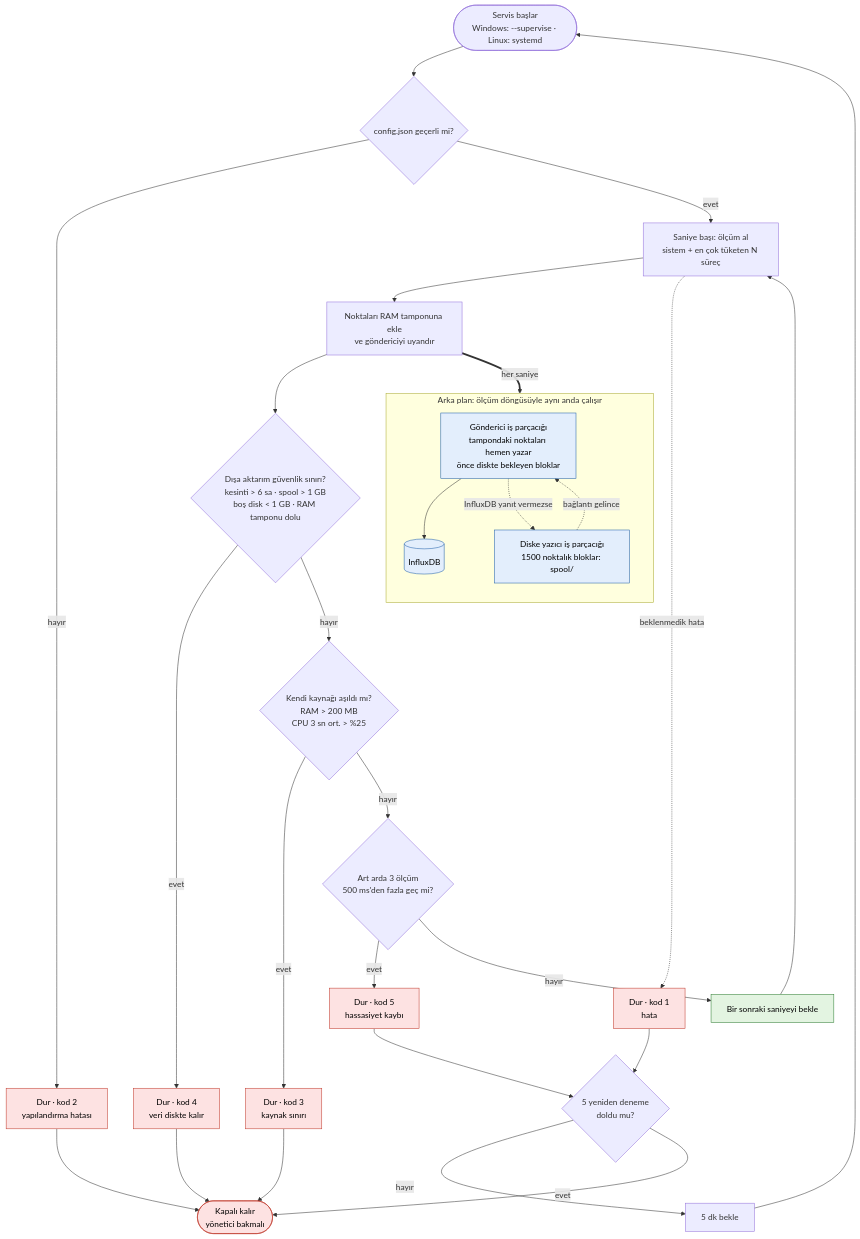
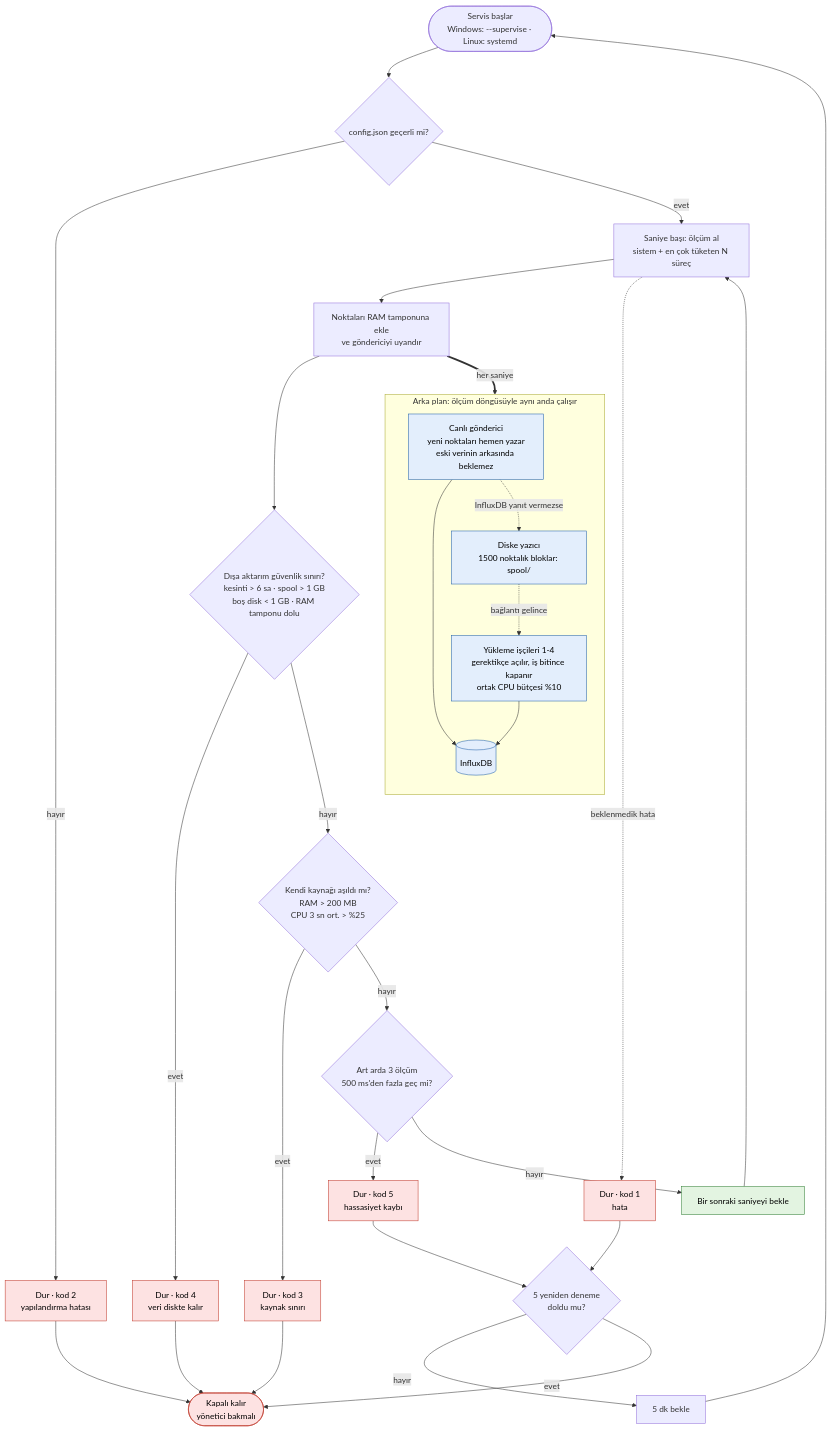
Before and after one commit to Proaiml/persecc: the second of 3 diagrams in README.md, drawn with Mermaid. The commit also changed other lines of this file and 5 other files, not shown here.

````diff
--- a/README.md
+++ b/README.md
@@ -77,38 +77,39 @@
 ```mermaid
 flowchart TD
     S(["Servis başlar<br/>Windows: --supervise · Linux: systemd"]) --> Y{"config.json geçerli mi?"}
     Y -->|hayır| C2["Dur · kod 2<br/>yapılandırma hatası"]
     Y -->|evet| T["Saniye başı: ölçüm al<br/>sistem + en çok tüketen N süreç"]
     T --> Q["Noktaları RAM tamponuna ekle<br/>ve göndericiyi uyandır"]
     T -. "beklenmedik hata" .-> C1["Dur · kod 1<br/>hata"]
     Q --> G1{"Dışa aktarım güvenlik sınırı?<br/>kesinti > 6 sa · spool > 1 GB<br/>boş disk < 1 GB · RAM tamponu dolu"}
     G1 -->|evet| C4["Dur · kod 4<br/>veri diskte kalır"]
     G1 -->|hayır| G2{"Kendi kaynağı aşıldı mı?<br/>RAM > 200 MB<br/>CPU 3 sn ort. > %25"}
     G2 -->|evet| C3["Dur · kod 3<br/>kaynak sınırı"]
     G2 -->|hayır| G3{"Art arda 3 ölçüm<br/>500 ms'den fazla geç mi?"}
     G3 -->|evet| C5["Dur · kod 5<br/>hassasiyet kaybı"]
     G3 -->|hayır| W["Bir sonraki saniyeyi bekle"] --> T
 
     subgraph P["Arka plan: ölçüm döngüsüyle aynı anda çalışır"]
         direction TB
-        SN["Gönderici iş parçacığı<br/>tampondaki noktaları hemen yazar<br/>önce diskte bekleyen bloklar"] --> I[("InfluxDB")]
-        SN -. "InfluxDB yanıt vermezse" .-> SP["Diske yazıcı iş parçacığı<br/>1500 noktalık bloklar: spool/"]
-        SP -. "bağlantı gelince" .-> SN
+        SN["Canlı gönderici<br/>yeni noktaları hemen yazar<br/>eski verinin arkasında beklemez"] --> I[("InfluxDB")]
+        SN -. "InfluxDB yanıt vermezse" .-> SP["Diske yazıcı<br/>1500 noktalık bloklar: spool/"]
+        SP -. "bağlantı gelince" .-> UW["Yükleme işçileri 1-4<br/>gerektikçe açılır, iş bitince kapanır<br/>ortak CPU bütçesi %10"]
+        UW --> I
     end
     Q == "her saniye" ==> SN
 
     C1 --> R{"5 yeniden deneme<br/>doldu mu?"}
     C5 --> R
     R -->|hayır| B["5 dk bekle"] --> S
     R -->|evet| K(["Kapalı kalır<br/>yönetici bakmalı"])
     C2 --> K
     C3 --> K
     C4 --> K
 
     classDef dur fill:#fde2e2,stroke:#c0392b,color:#000
     classDef tamam fill:#e3f4e1,stroke:#2e7d32,color:#000
     classDef arka fill:#e3eefc,stroke:#1f5fa8,color:#000
     class C1,C2,C3,C4,C5,K dur
     class W tamam
-    class SN,SP,I arka
+    class SN,SP,UW,I arka
 ```
````
